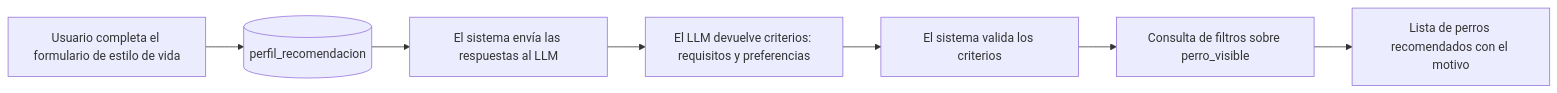
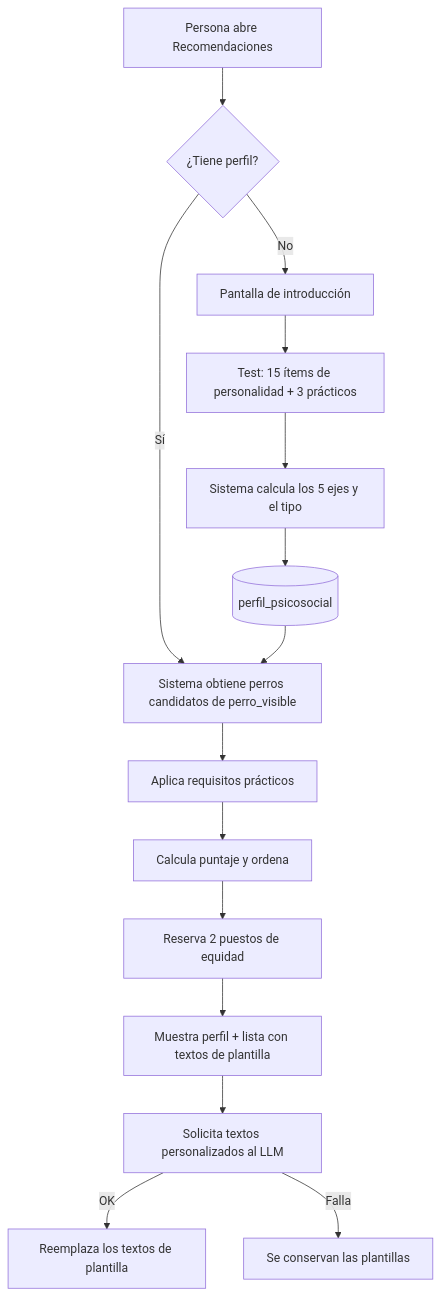
One commit to Magdala-Commitee-Corporation/adogtame-docs changed the diagram in Adogtame_modulo_recomendacion.md. Above: the diagram before and after it, drawn with Mermaid. The commit also changed other lines of this file and 3 other files, not shown here.

Commit message:
docs: add use_case diagram & doc updates

````diff
--- a/Adogtame_modulo_recomendacion.md
+++ b/Adogtame_modulo_recomendacion.md
@@ -142,9 +72,17 @@
 ```mermaid
-flowchart LR
-    A[Usuario completa el formulario de estilo de vida] --> B[(perfil_recomendacion)]
-    B --> C[El sistema envía las respuestas al LLM]
-    C --> D[El LLM devuelve criterios: requisitos y preferencias]
-    D --> E[El sistema valida los criterios]
-    E --> F[Consulta de filtros sobre perro_visible]
-    F --> G[Lista de perros recomendados con el motivo]
+flowchart TD
+    A[Persona abre Recomendaciones] --> B{¿Tiene perfil?}
+    B -- No --> C[Pantalla de introducción]
+    C --> D[Test: 15 ítems de personalidad + 3 prácticos]
+    D --> E[Sistema calcula los 5 ejes y el tipo]
+    E --> F[(perfil_psicosocial)]
+    B -- Sí --> G
+    F --> G[Sistema obtiene perros candidatos de perro_visible]
+    G --> H[Aplica requisitos prácticos]
+    H --> I[Calcula puntaje y ordena]
+    I --> J[Reserva 2 puestos de equidad]
+    J --> K[Muestra perfil + lista con textos de plantilla]
+    K --> L[Solicita textos personalizados al LLM]
+    L -- OK --> M[Reemplaza los textos de plantilla]
+    L -- Falla --> N[Se conservan las plantillas]
 ```
````
